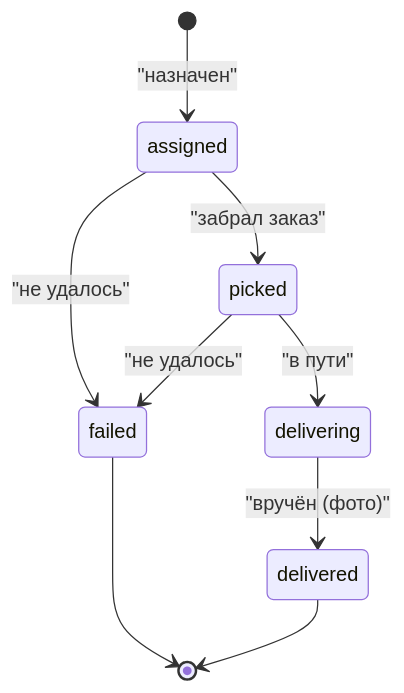
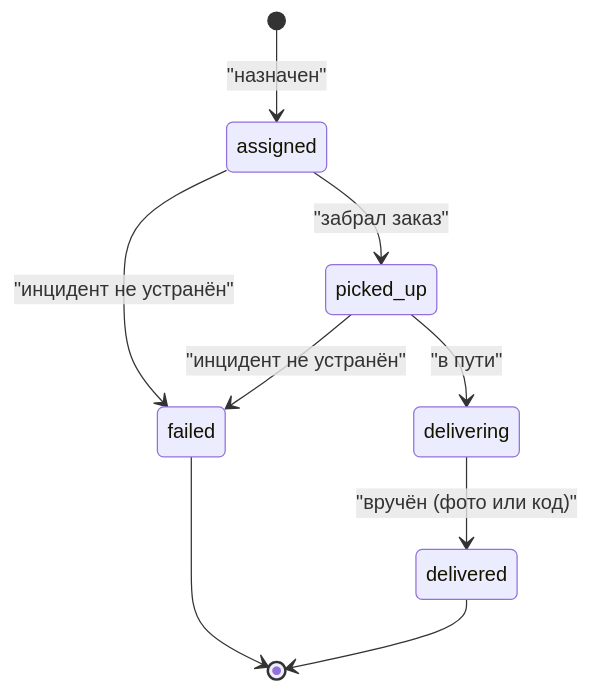
The fifth of 8 diagrams in docs/research/specs/01-domain-model.md (bestdeejay-design/lovii-crm), drawn with Mermaid before and after one commit. The commit also changed other lines of this file and 70 other files, not shown here.

````diff
--- a/docs/research/specs/01-domain-model.md
+++ b/docs/research/specs/01-domain-model.md
@@ -171,11 +174,11 @@
 ```mermaid
 stateDiagram-v2
     [*] --> assigned : "назначен"
-    assigned --> picked : "забрал заказ"
-    picked --> delivering : "в пути"
-    delivering --> delivered : "вручён (фото)"
-    assigned --> failed : "не удалось"
-    picked --> failed : "не удалось"
+    assigned --> picked_up : "забрал заказ"
+    picked_up --> delivering : "в пути"
+    delivering --> delivered : "вручён (фото или код)"
+    assigned --> failed : "инцидент не устранён"
+    picked_up --> failed : "инцидент не устранён"
     failed --> [*]
     delivered --> [*]
 ```
````
